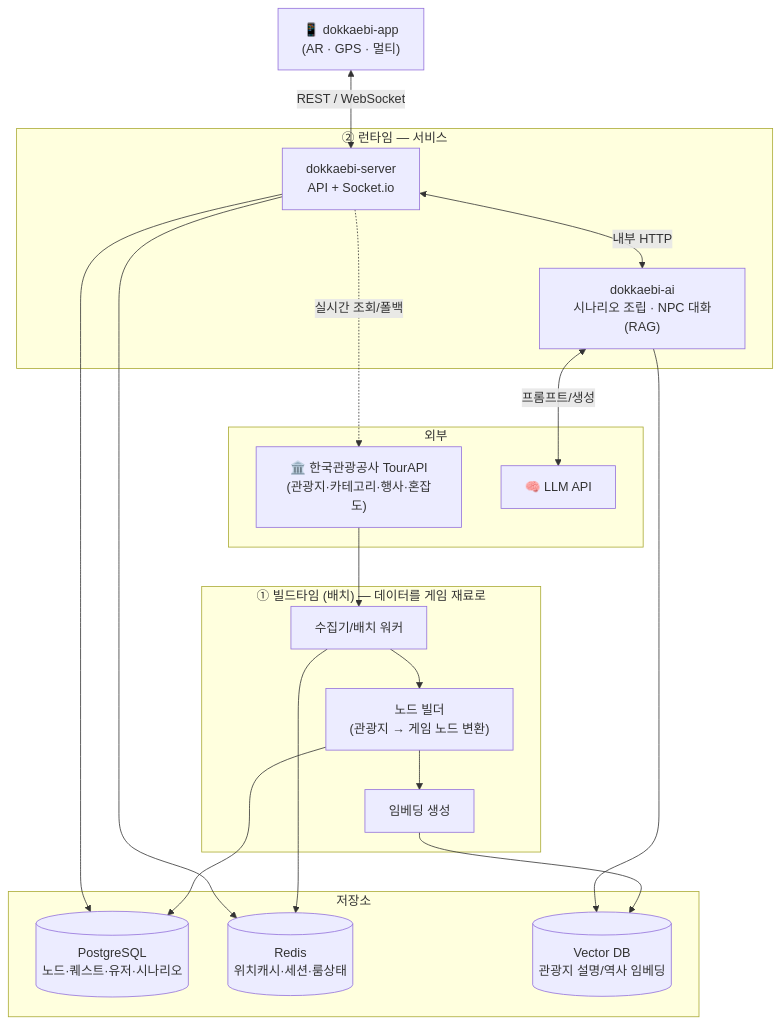
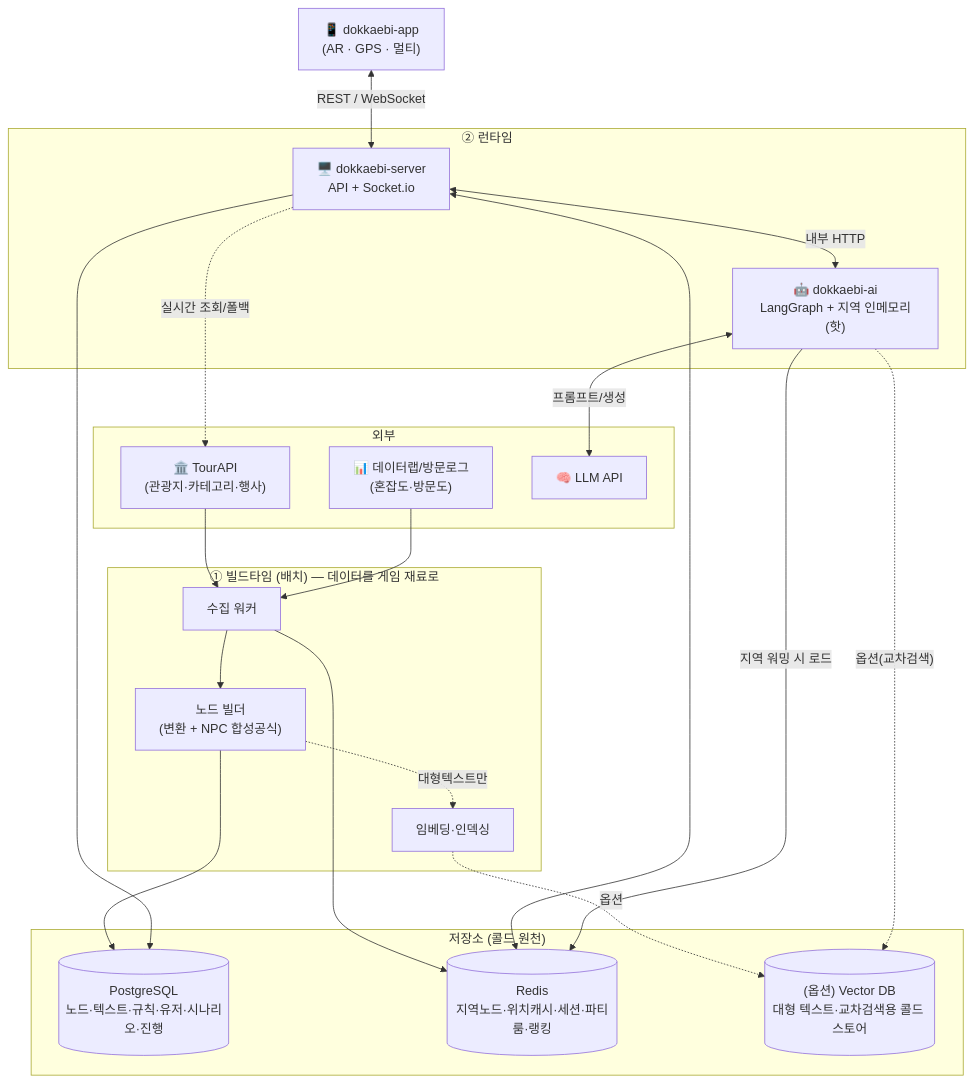
Before and after one commit to 2026-genai-ar-tourism-data-rpg/.github: the first of 12 diagrams in report/아키텍처_파이프라인.md, drawn with Mermaid. The commit also changed other lines of this file and 2 other files, not shown here.

Commit message:
docs: 정본 정합성 반영 (LangGraph·지역 인메모리·배포모델·큐 전략·용어 통일)

````diff
--- a/report/아키텍처_파이프라인.md
+++ b/report/아키텍처_파이프라인.md
@@ -11,38 +15,41 @@
 ```mermaid
 flowchart TB
     subgraph EXT["외부"]
-        Tour["🏛️ 한국관광공사 TourAPI<br/>(관광지·카테고리·행사·혼잡도)"]
+        Tour["🏛️ TourAPI<br/>(관광지·카테고리·행사)"]
+        Data["📊 데이터랩/방문로그<br/>(혼잡도·방문도)"]
         LLM["🧠 LLM API"]
     end
 
     subgraph BUILD["① 빌드타임 (배치) — 데이터를 게임 재료로"]
-        Collector["수집기/배치 워커"]
-        NodeBuilder["노드 빌더<br/>(관광지 → 게임 노드 변환)"]
-        Embed["임베딩 생성"]
+        Collector["수집 워커"]
+        NodeBuilder["노드 빌더<br/>(변환 + NPC 합성공식)"]
+        Embed["임베딩·인덱싱"]
     end
 
-    subgraph STORE["저장소"]
-        DB[("PostgreSQL<br/>노드·퀘스트·유저·시나리오")]
-        Cache[("Redis<br/>위치캐시·세션·룸상태")]
-        VDB[("Vector DB<br/>관광지 설명/역사 임베딩")]
+    subgraph STORE["저장소 (콜드 원천)"]
+        DB[("PostgreSQL<br/>노드·텍스트·규칙·유저·시나리오·진행")]
+        Cache[("Redis<br/>지역노드·위치캐시·세션·파티룸·랭킹")]
+        VDB[("(옵션) Vector DB<br/>대형 텍스트·교차검색용 콜드 스토어")]
     end
 
-    subgraph RUN["② 런타임 — 서비스"]
-        Server["dokkaebi-server<br/>API + Socket.io"]
-        AI["dokkaebi-ai<br/>시나리오 조립 · NPC 대화(RAG)"]
+    subgraph RUN["② 런타임"]
+        Server["🖥️ dokkaebi-server<br/>API + Socket.io"]
+        AI["🤖 dokkaebi-ai<br/>LangGraph + 지역 인메모리(핫)"]
     end
 
     App["📱 dokkaebi-app<br/>(AR · GPS · 멀티)"]
 
     Tour --> Collector --> NodeBuilder --> DB
-    NodeBuilder --> Embed --> VDB
+    Data --> Collector
+    NodeBuilder -.대형텍스트만.-> Embed -.옵션.-> VDB
     Collector --> Cache
 
     App <-->|REST / WebSocket| Server
     Server --> DB
-    Server --> Cache
+    Server <--> Cache
     Server <-->|내부 HTTP| AI
-    AI --> VDB
+    AI -->|지역 워밍 시 로드| Cache
+    AI -.옵션(교차검색).-> VDB
     AI <-->|프롬프트/생성| LLM
     Server -.실시간 조회/폴백.-> Tour
 ```
````
